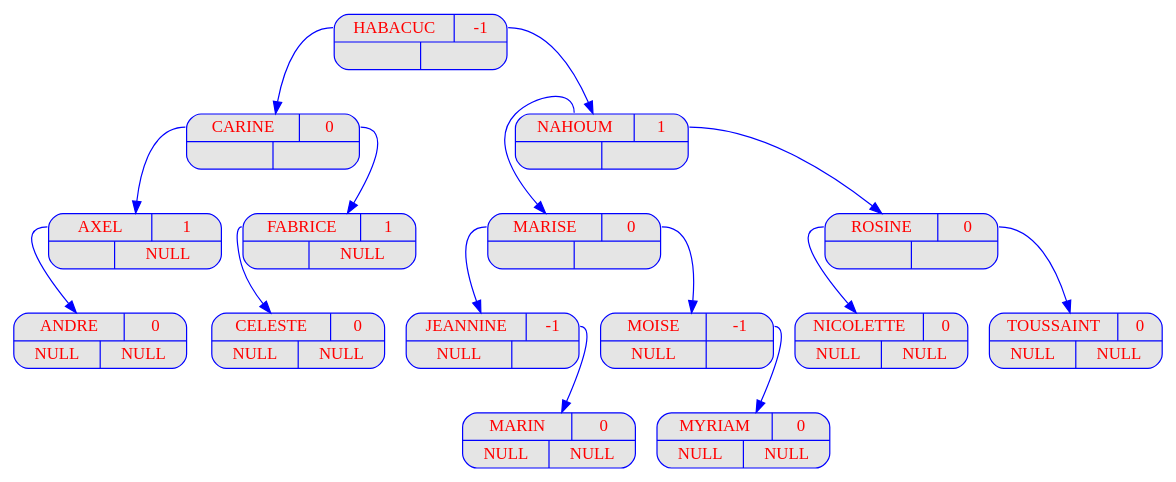
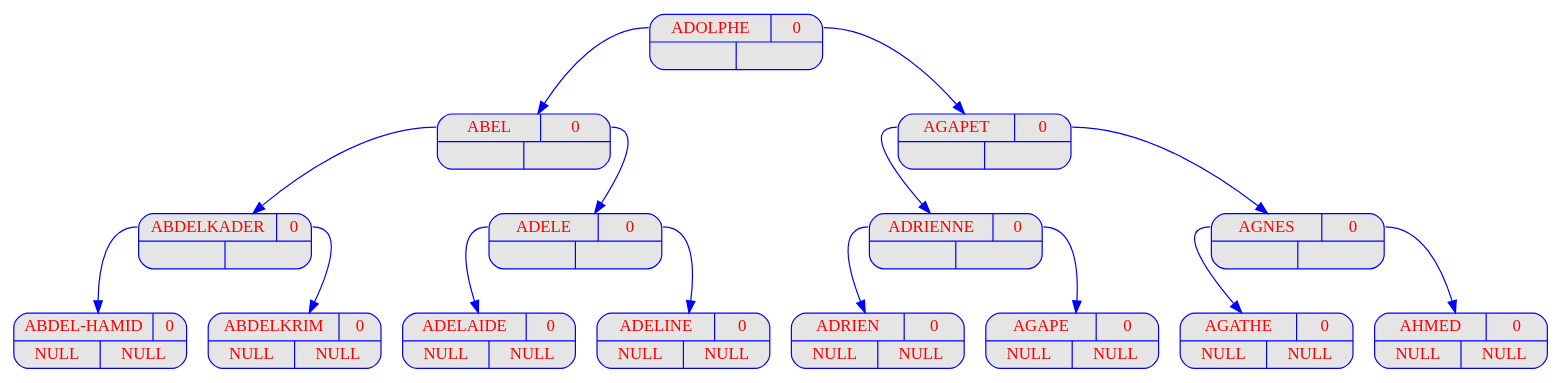
One commit to FilRougeAAP/Fil_Rouge changed the diagram in output_Prog1/dot/displayAVL_v14.dot. Above: the diagram before and after it, drawn with Graphviz. The commit also changed 212 other files, not shown here.

```diff
--- a/output_Prog1/dot/displayAVL_v14.dot
+++ b/output_Prog1/dot/displayAVL_v14.dot
@@ -1,134 +1,54 @@
 digraph displayAVL {
 	node [
 		fontname  = "Arial bold" 
 		fontsize  = "14"
 		fontcolor = "red"
 		style     = "rounded, filled"
 		shape     = "record"
 		fillcolor = "grey90"
 		color     = "blue"
 		width     = "2"
 	]
 
 	edge [
 		color     = "blue"
 	]
 
-	HABACUC
- [label = "{{<g> HABACUC
- | <d> -1 } | { <g> | <d>}}"];
-	HABACUC
-:g -> CARINE
-;
-	CARINE
- [label = "{{<g> CARINE
- | <d> 0 } | { <g> | <d>}}"];
-	CARINE
-:g -> AXEL
-;
-	AXEL
- [label = "{{<g> AXEL
- | <d> 1 } | { <g> | <d>}}"];
-	AXEL
- [label = "{{<g> AXEL
- | <d> 1 }| { <g> | <d> NULL}}"];
-	AXEL
-:g -> ANDRE
-;
-	ANDRE
- [label = "{{<g> ANDRE
- | <d> 0 } | { <g> | <d>}}"];
-	ANDRE
- [label = "{{<g> ANDRE
- | <d> 0 }| { <g> NULL | <d> NULL}}"];
-	CARINE
-:d -> FABRICE
-;
-	FABRICE
- [label = "{{<g> FABRICE
- | <d> 1 } | { <g> | <d>}}"];
-	FABRICE
- [label = "{{<g> FABRICE
- | <d> 1 }| { <g> | <d> NULL}}"];
-	FABRICE
-:g -> CELESTE
-;
-	CELESTE
- [label = "{{<g> CELESTE
- | <d> 0 } | { <g> | <d>}}"];
-	CELESTE
- [label = "{{<g> CELESTE
- | <d> 0 }| { <g> NULL | <d> NULL}}"];
-	HABACUC
-:d -> NAHOUM
-;
-	NAHOUM
- [label = "{{<g> NAHOUM
- | <d> 1 } | { <g> | <d>}}"];
-	NAHOUM
-:g -> MARISE
-;
-	MARISE
- [label = "{{<g> MARISE
- | <d> 0 } | { <g> | <d>}}"];
-	MARISE
-:g -> JEANNINE
-;
-	JEANNINE
- [label = "{{<g> JEANNINE
- | <d> -1 } | { <g> | <d>}}"];
-	JEANNINE
- [label = "{{<g> JEANNINE
- | <d> -1 }| { <g> NULL | <d> }}"];
-	JEANNINE
-:d -> MARIN
-;
-	MARIN
- [label = "{{<g> MARIN
- | <d> 0 } | { <g> | <d>}}"];
-	MARIN
- [label = "{{<g> MARIN
- | <d> 0 }| { <g> NULL | <d> NULL}}"];
-	MARISE
-:d -> MOISE
-;
-	MOISE
- [label = "{{<g> MOISE
- | <d> -1 } | { <g> | <d>}}"];
-	MOISE
- [label = "{{<g> MOISE
- | <d> -1 }| { <g> NULL | <d> }}"];
-	MOISE
-:d -> MYRIAM
-;
-	MYRIAM
- [label = "{{<g> MYRIAM
- | <d> 0 } | { <g> | <d>}}"];
-	MYRIAM
- [label = "{{<g> MYRIAM
- | <d> 0 }| { <g> NULL | <d> NULL}}"];
-	NAHOUM
-:d -> ROSINE
-;
-	ROSINE
- [label = "{{<g> ROSINE
- | <d> 0 } | { <g> | <d>}}"];
-	ROSINE
-:g -> NICOLETTE
-;
-	NICOLETTE
- [label = "{{<g> NICOLETTE
- | <d> 0 } | { <g> | <d>}}"];
-	NICOLETTE
- [label = "{{<g> NICOLETTE
- | <d> 0 }| { <g> NULL | <d> NULL}}"];
-	ROSINE
-:d -> TOUSSAINT
-;
-	TOUSSAINT
- [label = "{{<g> TOUSSAINT
- | <d> 0 } | { <g> | <d>}}"];
-	TOUSSAINT
- [label = "{{<g> TOUSSAINT
- | <d> 0 }| { <g> NULL | <d> NULL}}"];
+	"ADOLPHE" [label = "{{<g> ADOLPHE | <d> 0 } | { <g> | <d>}}"];
+	"ADOLPHE":g -> "ABEL";
+	"ABEL" [label = "{{<g> ABEL | <d> 0 } | { <g> | <d>}}"];
+	"ABEL":g -> "ABDELKADER";
+	"ABDELKADER" [label = "{{<g> ABDELKADER | <d> 0 } | { <g> | <d>}}"];
+	"ABDELKADER":g -> "ABDEL-HAMID";
+	"ABDEL-HAMID" [label = "{{<g> ABDEL-HAMID | <d> 0 } | { <g> | <d>}}"];
+	"ABDEL-HAMID" [label = "{{<g> ABDEL-HAMID | <d> 0 }| { <g> NULL | <d> NULL}}"];
+	"ABDELKADER":d -> "ABDELKRIM";
+	"ABDELKRIM" [label = "{{<g> ABDELKRIM | <d> 0 } | { <g> | <d>}}"];
+	"ABDELKRIM" [label = "{{<g> ABDELKRIM | <d> 0 }| { <g> NULL | <d> NULL}}"];
+	"ABEL":d -> "ADELE";
+	"ADELE" [label = "{{<g> ADELE | <d> 0 } | { <g> | <d>}}"];
+	"ADELE":g -> "ADELAIDE";
+	"ADELAIDE" [label = "{{<g> ADELAIDE | <d> 0 } | { <g> | <d>}}"];
+	"ADELAIDE" [label = "{{<g> ADELAIDE | <d> 0 }| { <g> NULL | <d> NULL}}"];
+	"ADELE":d -> "ADELINE";
+	"ADELINE" [label = "{{<g> ADELINE | <d> 0 } | { <g> | <d>}}"];
+	"ADELINE" [label = "{{<g> ADELINE | <d> 0 }| { <g> NULL | <d> NULL}}"];
+	"ADOLPHE":d -> "AGAPET";
+	"AGAPET" [label = "{{<g> AGAPET | <d> 0 } | { <g> | <d>}}"];
+	"AGAPET":g -> "ADRIENNE";
+	"ADRIENNE" [label = "{{<g> ADRIENNE | <d> 0 } | { <g> | <d>}}"];
+	"ADRIENNE":g -> "ADRIEN";
+	"ADRIEN" [label = "{{<g> ADRIEN | <d> 0 } | { <g> | <d>}}"];
+	"ADRIEN" [label = "{{<g> ADRIEN | <d> 0 }| { <g> NULL | <d> NULL}}"];
+	"ADRIENNE":d -> "AGAPE";
+	"AGAPE" [label = "{{<g> AGAPE | <d> 0 } | { <g> | <d>}}"];
+	"AGAPE" [label = "{{<g> AGAPE | <d> 0 }| { <g> NULL | <d> NULL}}"];
+	"AGAPET":d -> "AGNES";
+	"AGNES" [label = "{{<g> AGNES | <d> 0 } | { <g> | <d>}}"];
+	"AGNES":g -> "AGATHE";
+	"AGATHE" [label = "{{<g> AGATHE | <d> 0 } | { <g> | <d>}}"];
+	"AGATHE" [label = "{{<g> AGATHE | <d> 0 }| { <g> NULL | <d> NULL}}"];
+	"AGNES":d -> "AHMED";
+	"AHMED" [label = "{{<g> AHMED | <d> 0 } | { <g> | <d>}}"];
+	"AHMED" [label = "{{<g> AHMED | <d> 0 }| { <g> NULL | <d> NULL}}"];
 }
```
